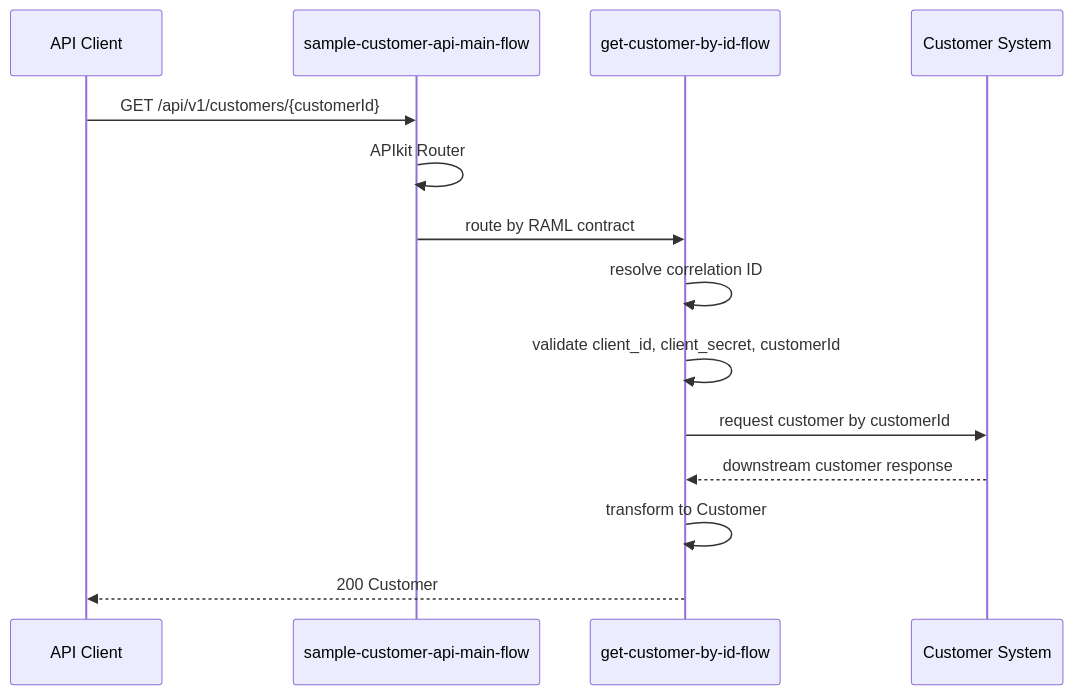
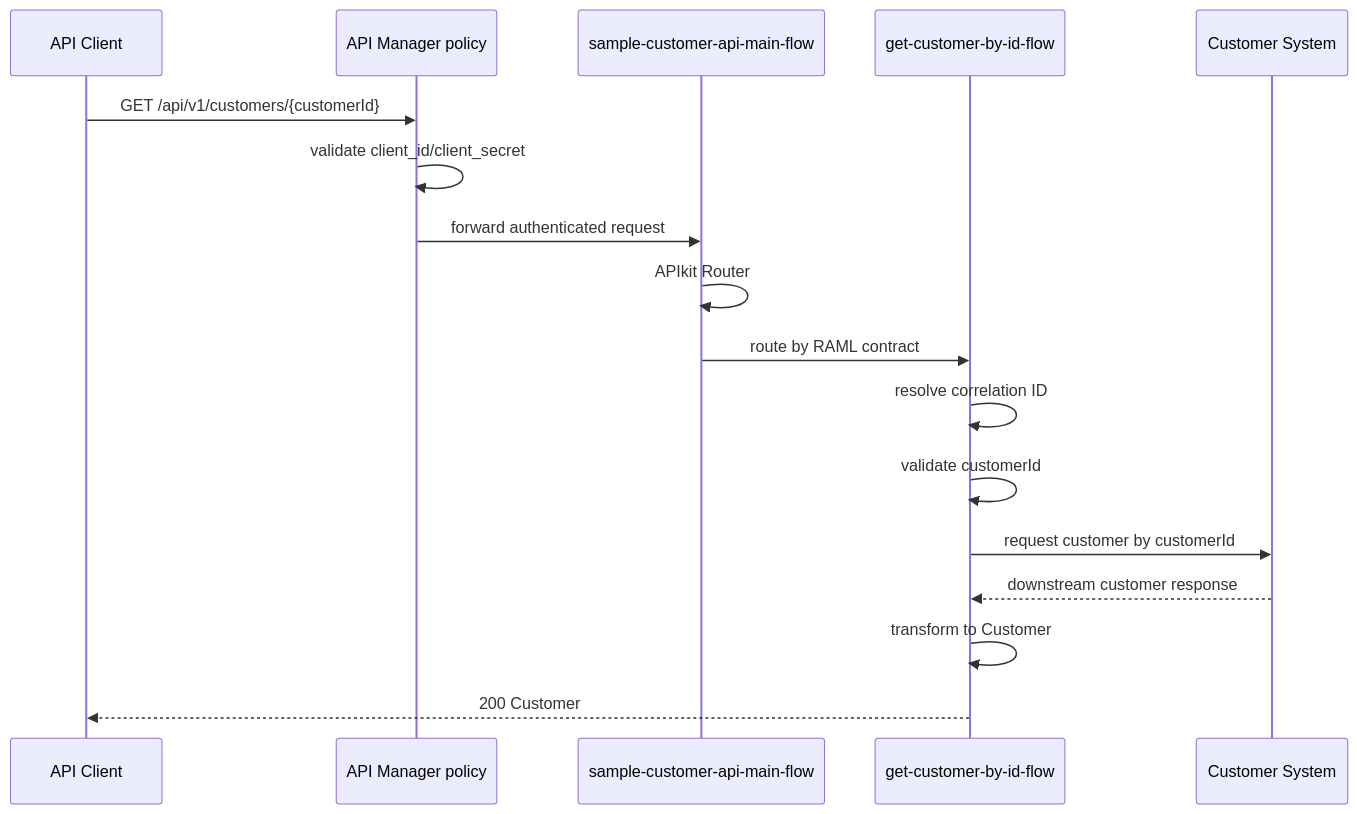
The diagram in applications/sample-domain-sapi-v1/operations/sample-customer-api-v1/get_customer-get-by-id/operation-detail-design.md (big-mon/mulesoft-ai-first-docs-structure-template), drawn with Mermaid before and after one commit. The commit also changed other lines of this file and 10 other files, not shown here.

````diff
--- a/applications/sample-domain-sapi-v1/operations/sample-customer-api-v1/get_customer-get-by-id/operation-detail-design.md
+++ b/applications/sample-domain-sapi-v1/operations/sample-customer-api-v1/get_customer-get-by-id/operation-detail-design.md
@@ -22,17 +22,20 @@
 ```mermaid
 sequenceDiagram
     participant Client as API Client
+    participant Manager as API Manager policy
     participant Entry as sample-customer-api-main-flow
     participant Flow as get-customer-by-id-flow
     participant System as Customer System
 
-    Client->>Entry: GET /api/v1/customers/{customerId}
+    Client->>Manager: GET /api/v1/customers/{customerId}
+    Manager->>Manager: validate client_id/client_secret
+    Manager->>Entry: forward authenticated request
     Entry->>Entry: APIkit Router
     Entry->>Flow: route by RAML contract
     Flow->>Flow: resolve correlation ID
-    Flow->>Flow: validate client_id, client_secret, customerId
+    Flow->>Flow: validate customerId
     Flow->>System: request customer by customerId
     System-->>Flow: downstream customer response
     Flow->>Flow: transform to Customer
     Flow-->>Client: 200 Customer
 ```
````
